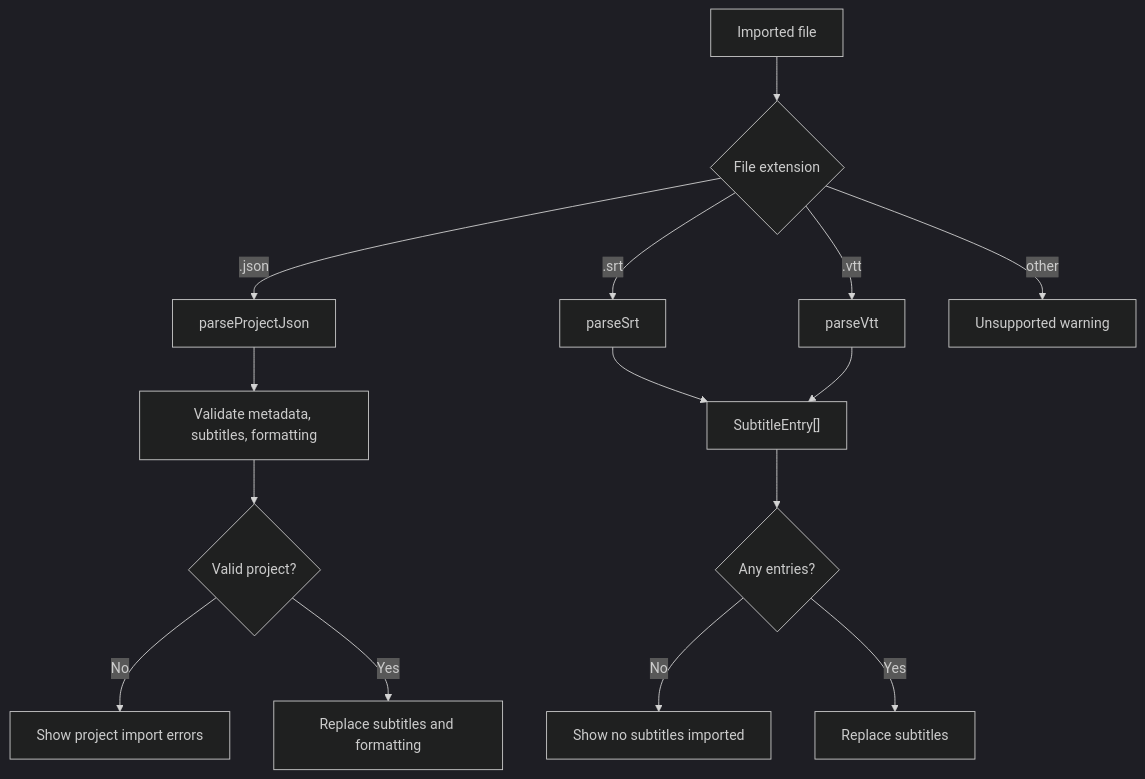
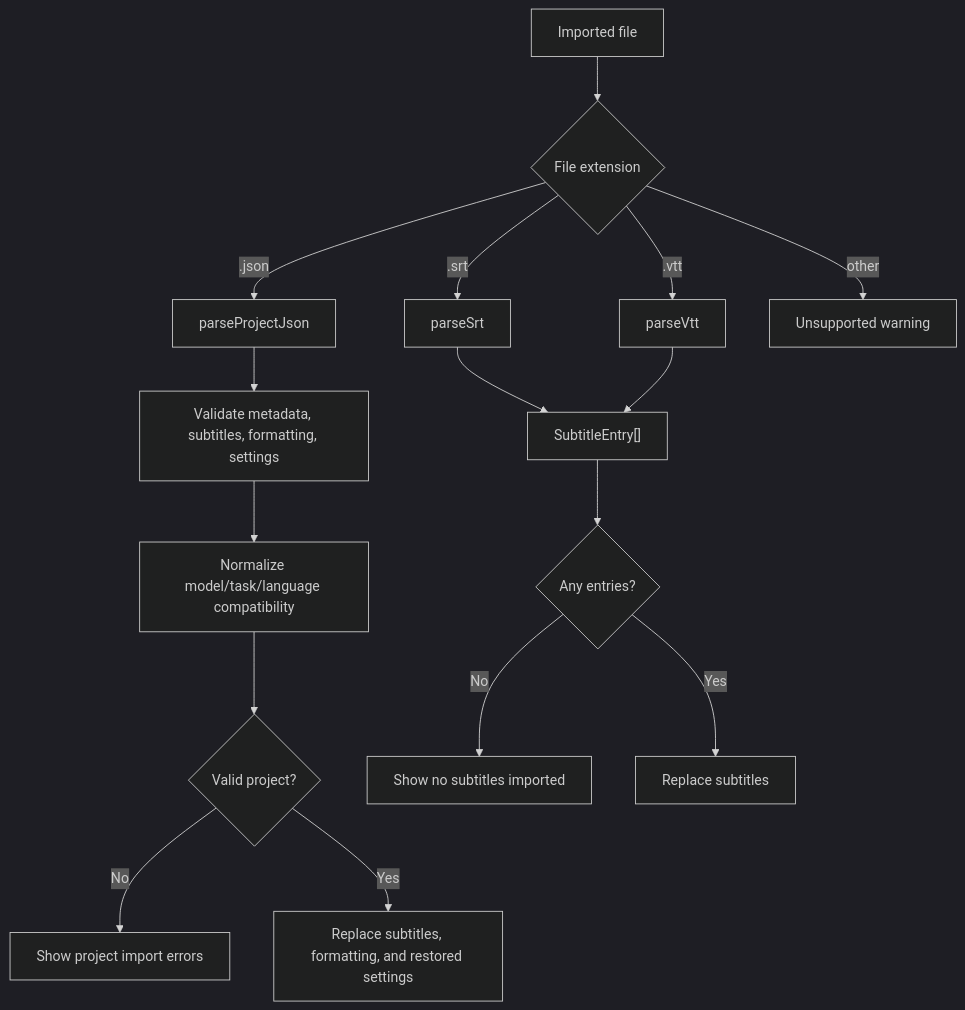
One commit to zxyandreay/auto-subtitle changed diagram 14 of 18 in docs/project-state.md. Above: the diagram before and after it, drawn with Mermaid (dark theme). The commit also changed other lines of this file and 1 other file, not shown here.

Commit message:
docs: document local ASR model compatibility

````diff
--- a/docs/project-state.md
+++ b/docs/project-state.md
@@ -1071,19 +1084,20 @@
 ```mermaid
 flowchart TD
     File["Imported file"] --> Kind{"File extension"}
     Kind -->|.json| ParseJson["parseProjectJson"]
     Kind -->|.srt| ParseSrt["parseSrt"]
     Kind -->|.vtt| ParseVtt["parseVtt"]
     Kind -->|other| Unsupported["Unsupported warning"]
 
-    ParseJson --> ValidateProject["Validate metadata, subtitles, formatting"]
-    ValidateProject --> ProjectOk{"Valid project?"}
+    ParseJson --> ValidateProject["Validate metadata, subtitles, formatting, settings"]
+    ValidateProject --> NormalizeModel["Normalize model/task/language compatibility"]
+    NormalizeModel --> ProjectOk{"Valid project?"}
     ProjectOk -->|No| ImportError["Show project import errors"]
-    ProjectOk -->|Yes| ReplaceProject["Replace subtitles and formatting"]
+    ProjectOk -->|Yes| ReplaceProject["Replace subtitles, formatting, and restored settings"]
 
     ParseSrt --> CueEntries["SubtitleEntry[]"]
     ParseVtt --> CueEntries
     CueEntries --> AnyEntries{"Any entries?"}
     AnyEntries -->|No| NoImport["Show no subtitles imported"]
     AnyEntries -->|Yes| ReplaceEntries["Replace subtitles"]
 ```
````
